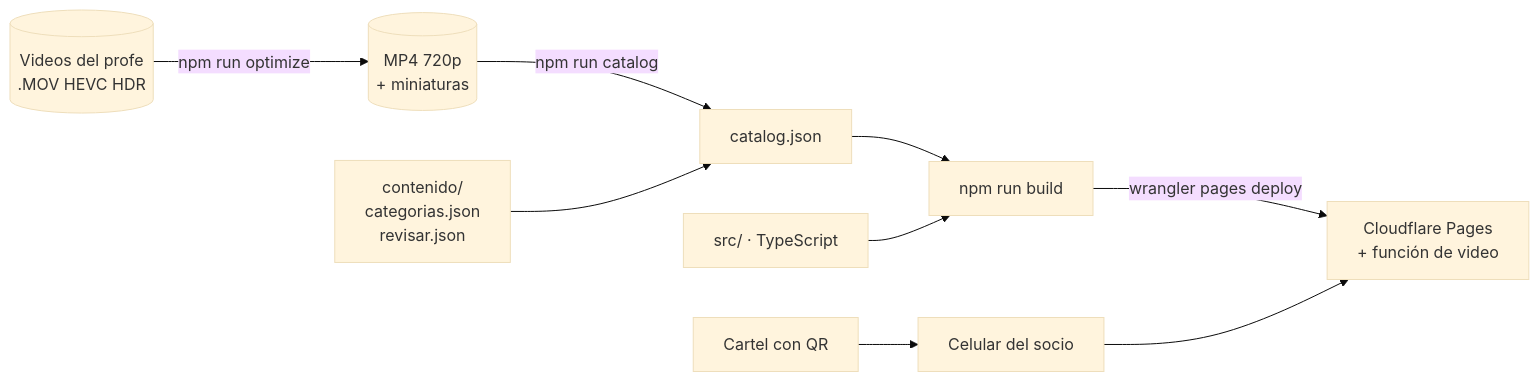
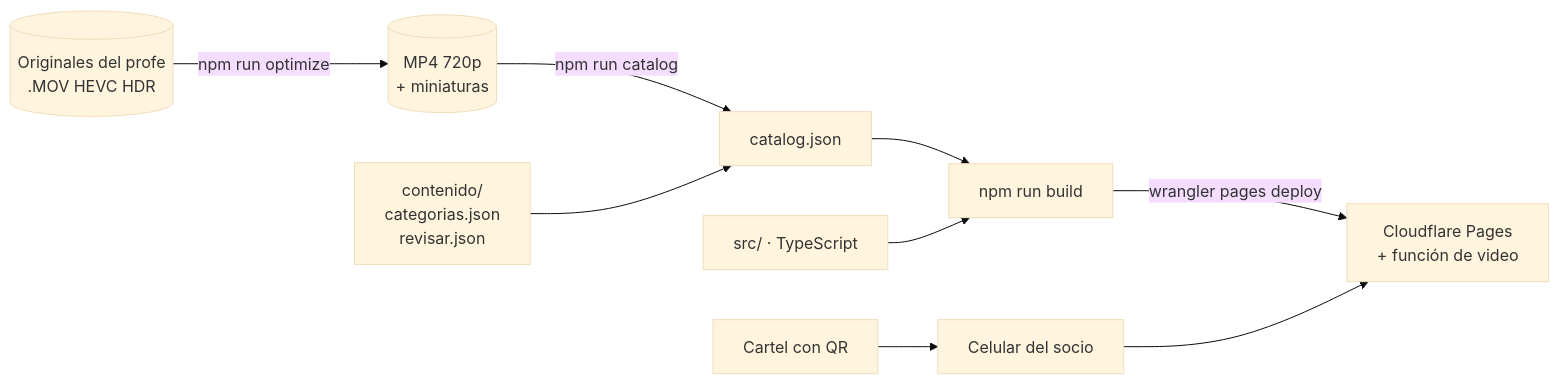
The diagram in README.md (KevinKener/gym-las-lomas), drawn with Mermaid (base theme) before and after one commit. The commit also changed other lines of this file and 13 other files, not shown here.

````diff
--- a/README.md
+++ b/README.md
@@ -59,11 +279,11 @@
 ```mermaid
 flowchart LR
-    V[(Videos del profe<br/>.MOV HEVC HDR)] -->|npm run optimize| O[(MP4 720p<br/>+ miniaturas)]
+    V[(Originales del profe<br/>.MOV HEVC HDR)] -->|npm run optimize| O[(MP4 720p<br/>+ miniaturas)]
     O -->|npm run catalog| C[catalog.json]
     K[contenido/<br/>categorias.json<br/>revisar.json] --> C
     C --> B[npm run build]
     S[src/ · TypeScript] --> B
     B -->|wrangler pages deploy| P[Cloudflare Pages<br/>+ función de video]
     QR[Cartel con QR] --> Cel[Celular del socio]
     Cel --> P
 ```
````
